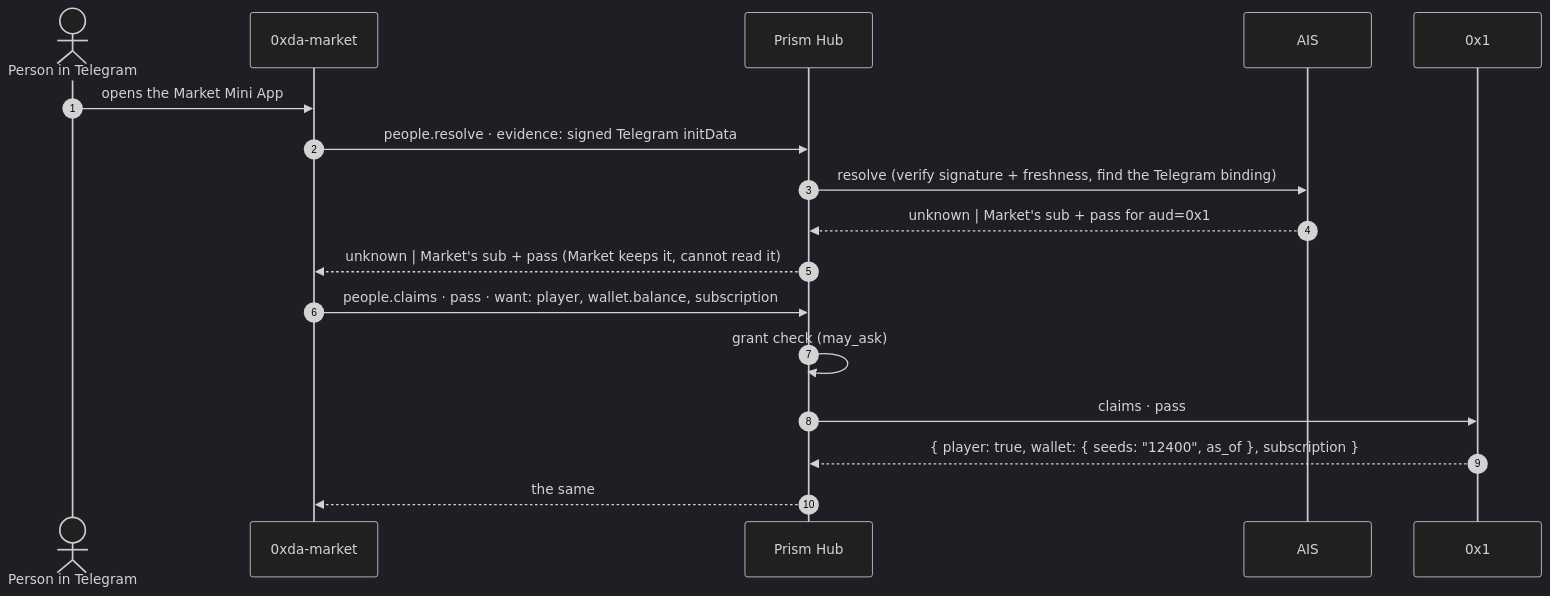
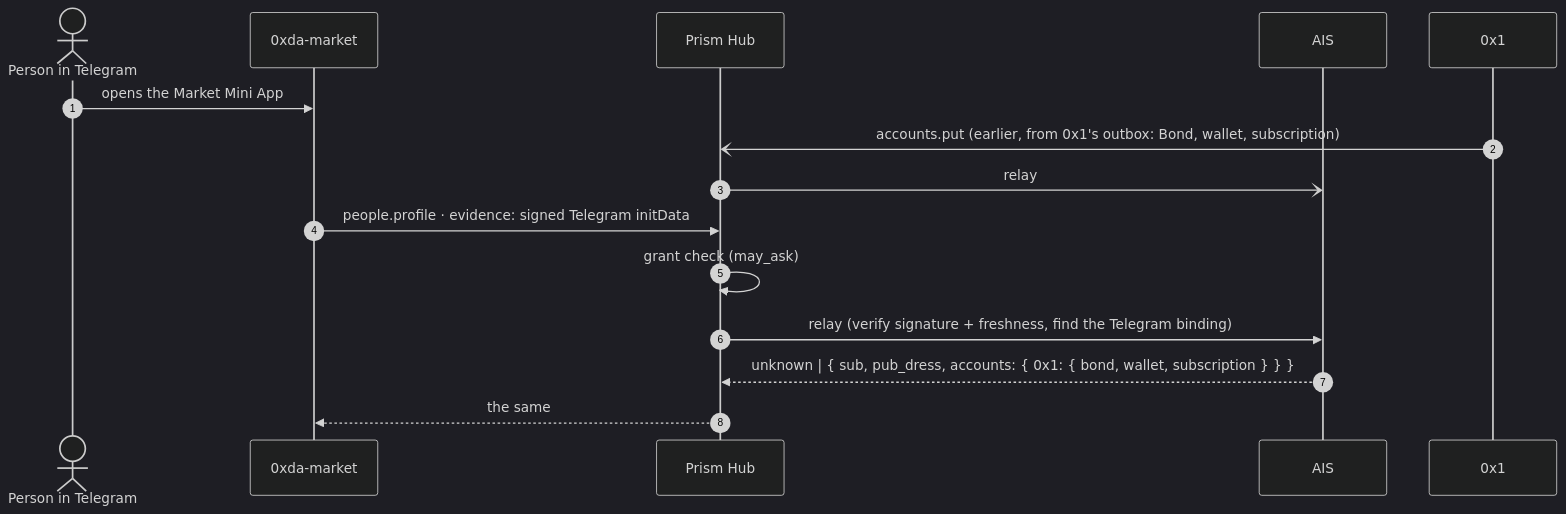
Before and after one commit to aiaiaiai-org/prism-hub: the first of 2 diagrams in docs/hub-protocol.md, drawn with Mermaid (dark theme). The commit also changed other lines of this file and 1 other file, not shown here.

First line of the commit message:
docs: AIS owns the family profile and answers for it (hub.v1)

````diff
--- a/docs/hub-protocol.md
+++ b/docs/hub-protocol.md
@@ -217,20 +261,18 @@
 ```mermaid
 sequenceDiagram
     autonumber
     actor P as Person in Telegram
     participant M as 0xda-market
     participant H as Prism Hub
     participant A as AIS
     participant X as 0x1
 
     P->>M: opens the Market Mini App
-    M->>H: people.resolve · evidence: signed Telegram initData
-    H->>A: resolve (verify signature + freshness, find the Telegram binding)
-    A-->>H: unknown | Market's sub + pass for aud=0x1
-    H-->>M: unknown | Market's sub + pass (Market keeps it, cannot read it)
-    M->>H: people.claims · pass · want: player, wallet.balance, subscription
+    X-)H: accounts.put (earlier, from 0x1's outbox: Bond, wallet, subscription)
+    H-)A: relay
+    M->>H: people.profile · evidence: signed Telegram initData
     H->>H: grant check (may_ask)
-    H->>X: claims · pass
-    X-->>H: { player: true, wallet: { seeds: "12400", as_of }, subscription }
+    H->>A: relay (verify signature + freshness, find the Telegram binding)
+    A-->>H: unknown | { sub, pub_dress, accounts: { 0x1: { bond, wallet, subscription } } }
     H-->>M: the same
 ```
````
